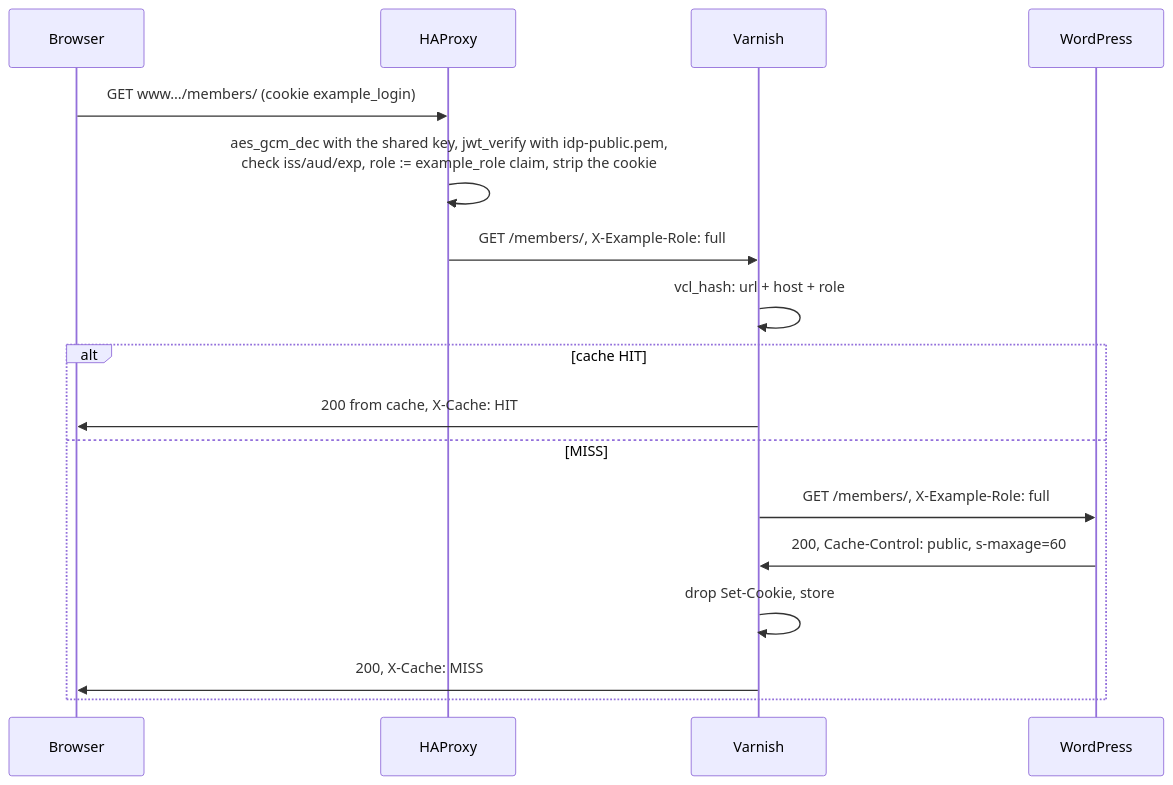
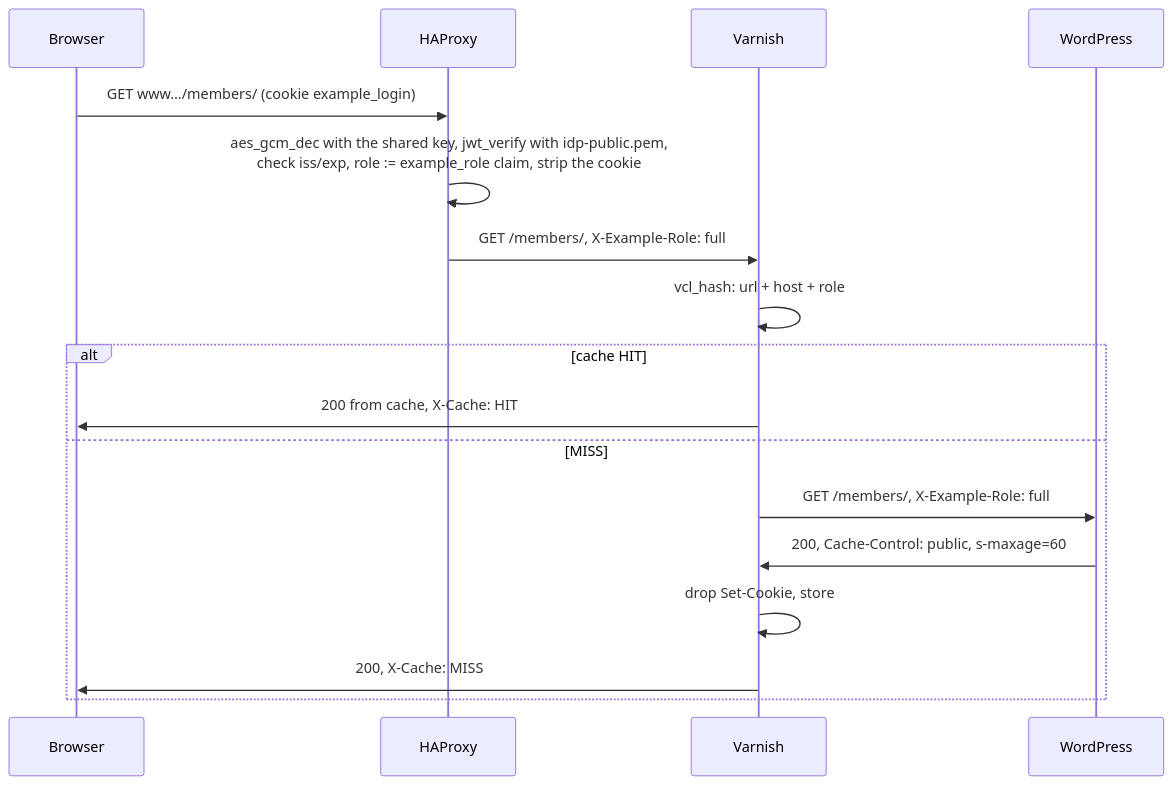
Before and after one commit to correctiv/oidc-wp-prototype: the second of 4 diagrams in README.md, drawn with Mermaid. The commit also changed other lines of this file and 5 other files, not shown here.

````diff
--- a/README.md
+++ b/README.md
@@ -100,19 +100,19 @@
 ```mermaid
 sequenceDiagram
     participant B as Browser
     participant H as HAProxy
     participant V as Varnish
     participant W as WordPress
     B->>H: GET www…/members/ (cookie example_login)
-    H->>H: aes_gcm_dec with the shared key, jwt_verify with idp-public.pem,<br/>check iss/aud/exp, role := example_role claim, strip the cookie
+    H->>H: aes_gcm_dec with the shared key, jwt_verify with idp-public.pem,<br/>check iss/exp, role := example_role claim, strip the cookie
     H->>V: GET /members/, X-Example-Role: full
     V->>V: vcl_hash: url + host + role
     alt cache HIT
         V->>B: 200 from cache, X-Cache: HIT
     else MISS
         V->>W: GET /members/, X-Example-Role: full
         W->>V: 200, Cache-Control: public, s-maxage=60
         V->>V: drop Set-Cookie, store
         V->>B: 200, X-Cache: MISS
     end
 ```
````
